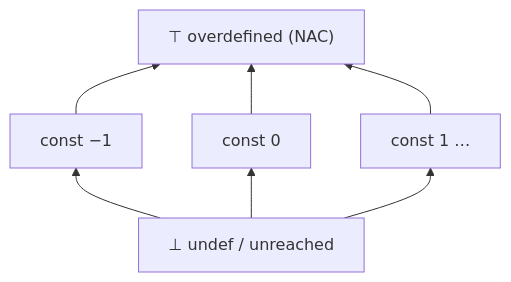
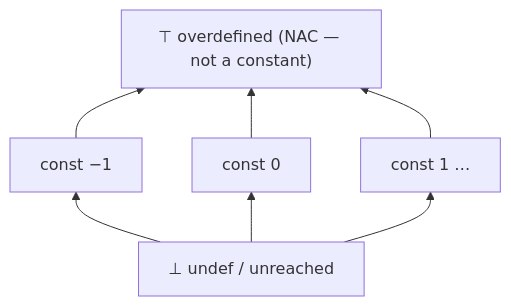
One commit to LinerSu/llvm-handbook changed the diagram in concept/data-flow-analysis.md. Above: the diagram before and after it, drawn with Mermaid. The commit also changed other lines of this file and 28 other files, not shown here.

````diff
--- a/concept/data-flow-analysis.md
+++ b/concept/data-flow-analysis.md
@@ -50,11 +50,11 @@
 ```mermaid
 flowchart BT
   BOT["⊥ undef / unreached"]
   K1["const −1"]
   K0["const 0"]
   K2["const 1 …"]
-  TOP["⊤ overdefined (NAC)"]
+  TOP["⊤ overdefined (NAC — not a constant)"]
   BOT --> K1 --> TOP
   BOT --> K0 --> TOP
   BOT --> K2 --> TOP
 ```
````
